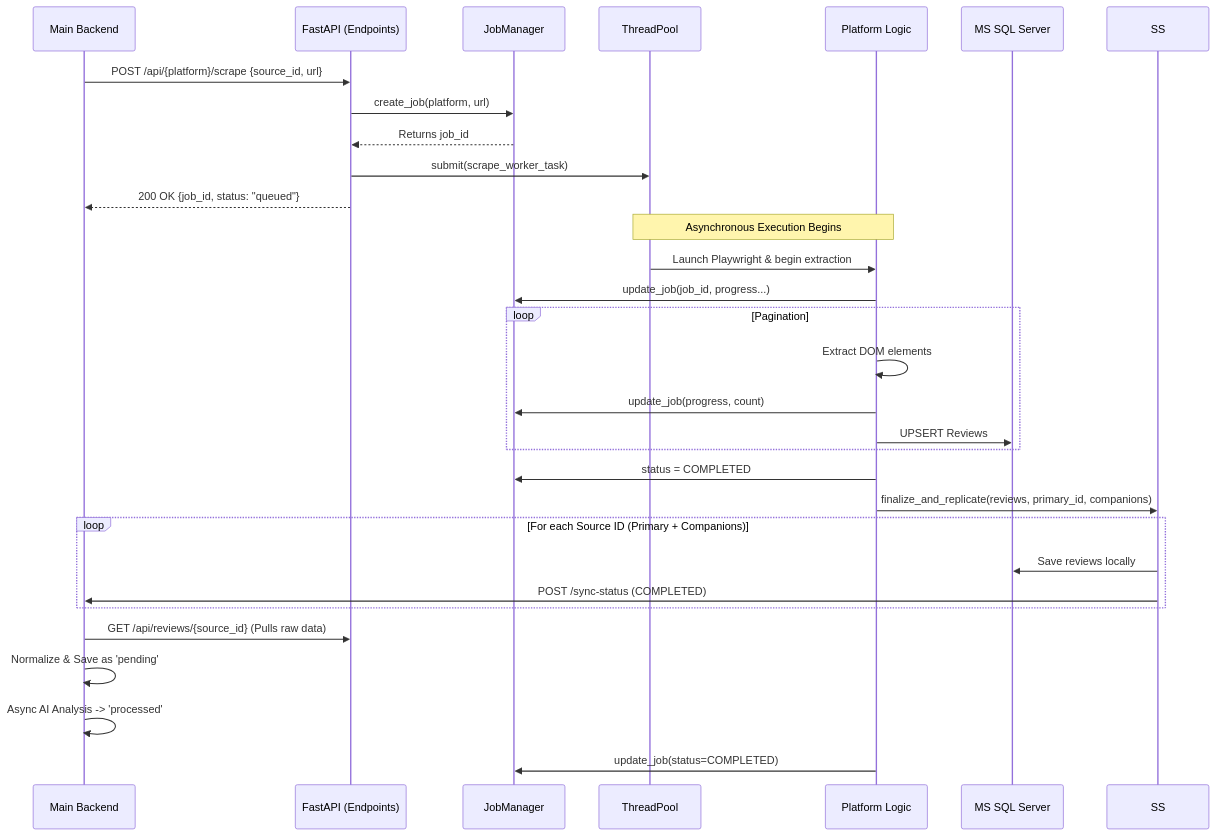
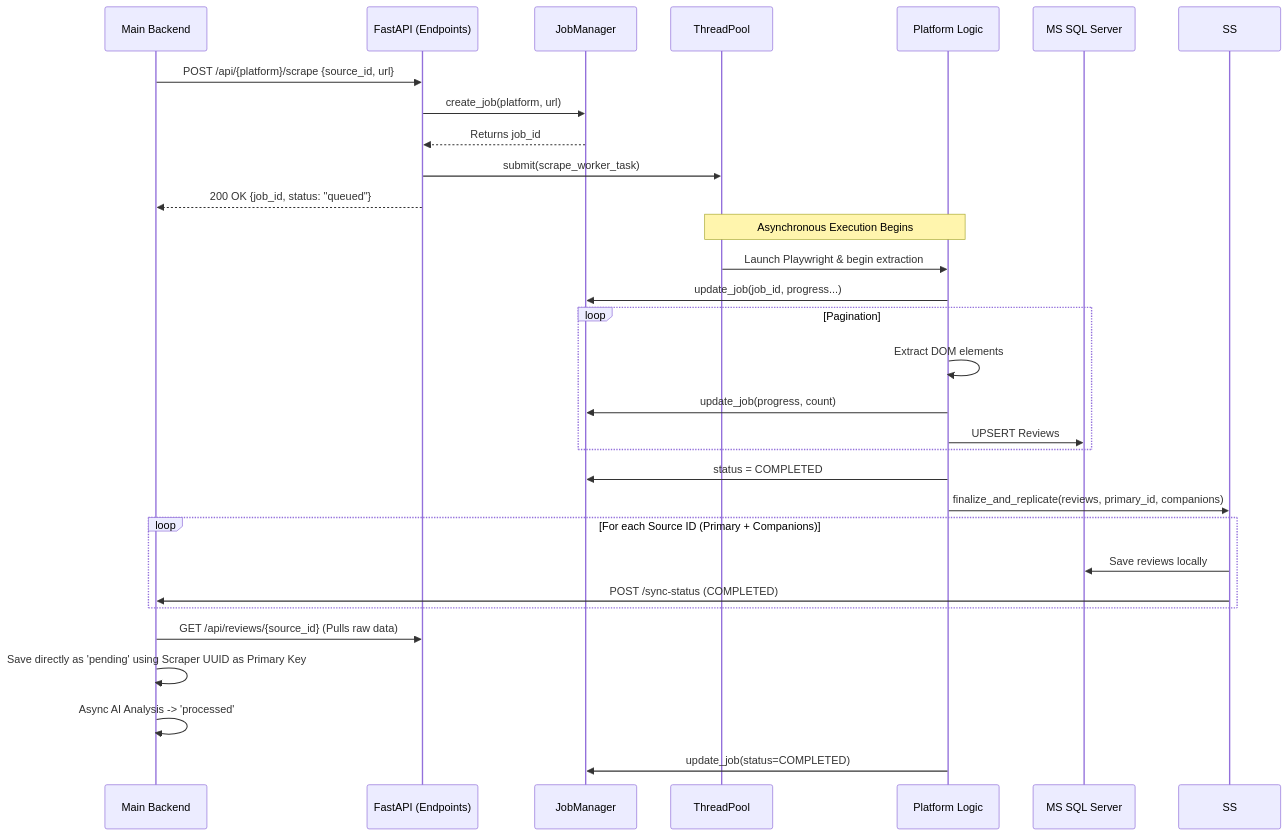
Before and after one commit to Rzmy7/hotel-and-restaurant-review-management-system: the diagram in microservices/scraper_engine/docs/about.md, drawn with Mermaid. The commit also changed other lines of this file and 4 other files, not shown here.

````diff
--- a/microservices/scraper_engine/docs/about.md
+++ b/microservices/scraper_engine/docs/about.md
@@ -55,37 +55,37 @@
 ```mermaid
 sequenceDiagram
     participant B as Main Backend
     participant API as FastAPI (Endpoints)
     participant JM as JobManager
     participant TP as ThreadPool
     participant PL as Platform Logic
     participant DB as MS SQL Server
 
     B->>API: POST /api/{platform}/scrape {source_id, url}
     API->>JM: create_job(platform, url)
     JM-->>API: Returns job_id
     API->>TP: submit(scrape_worker_task)
     API-->>B: 200 OK {job_id, status: "queued"}
     
     Note over TP, PL: Asynchronous Execution Begins
 
     TP->>PL: Launch Playwright & begin extraction
     PL->>JM: update_job(job_id, progress...)
     
     loop Pagination
         PL->>PL: Extract DOM elements
         PL->>JM: update_job(progress, count)
         PL->>DB: UPSERT Reviews
     end
     
     PL->>JM: status = COMPLETED
     PL->>SS: finalize_and_replicate(reviews, primary_id, companions)
     loop For each Source ID (Primary + Companions)
         SS->>DB: Save reviews locally
         SS->>B: POST /sync-status (COMPLETED)
     end
     B->>API: GET /api/reviews/{source_id} (Pulls raw data)
-    B->>B: Normalize & Save as 'pending'
+    B->>B: Save directly as 'pending' using Scraper UUID as Primary Key
     B->>B: Async AI Analysis -> 'processed'
     PL->>JM: update_job(status=COMPLETED)
 ```
````
